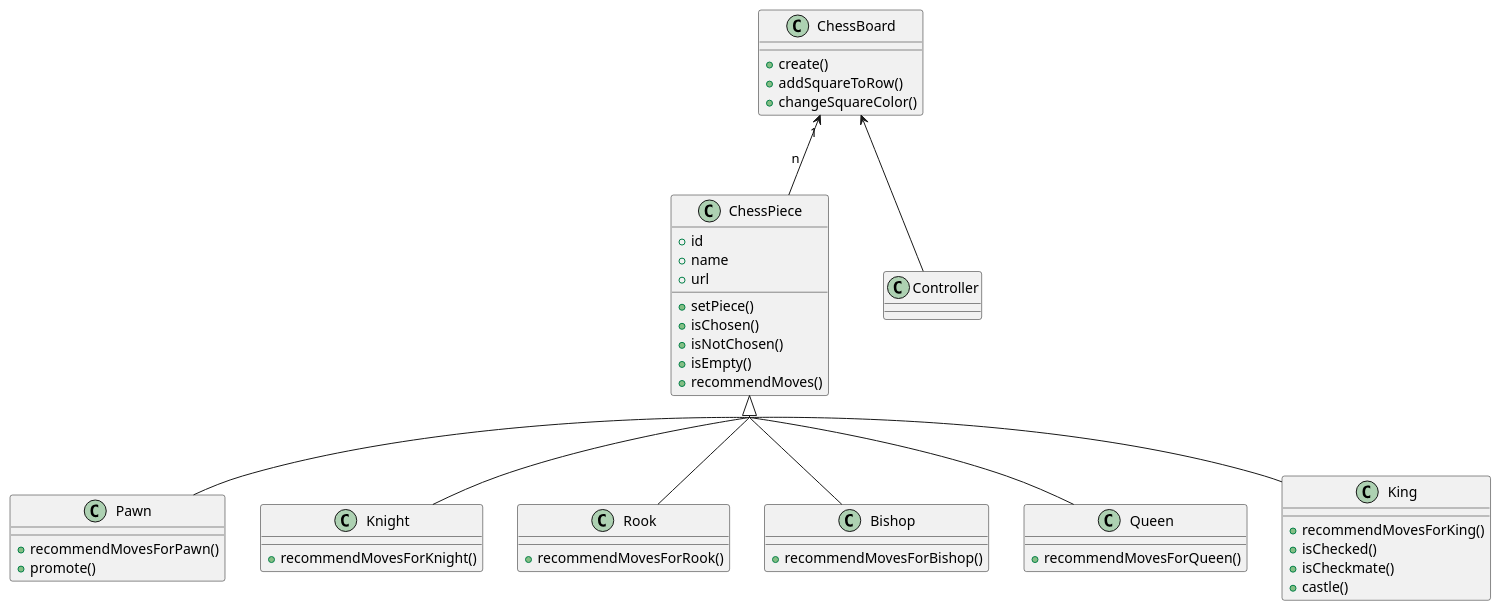
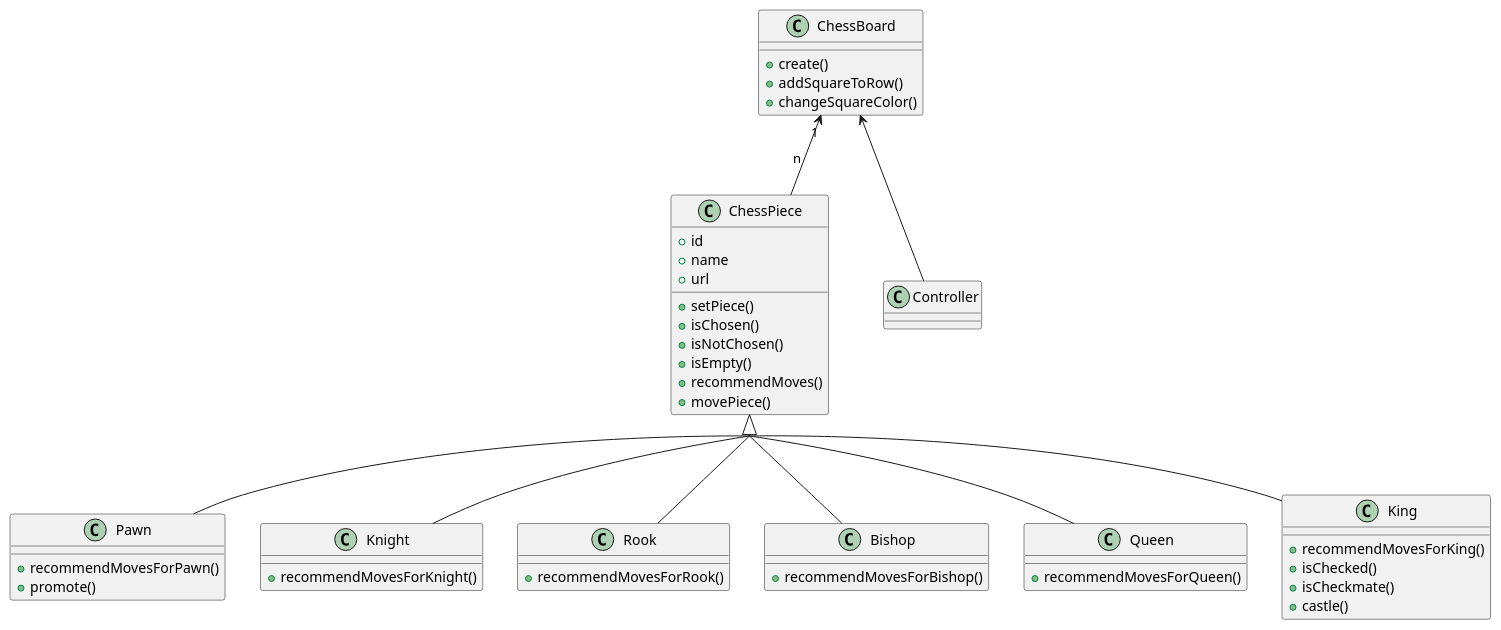
The diagram in UML/ClassDiagram.plantuml (BachDi/chess_game), drawn with PlantUML before and after one commit.

Commit message:
quên cái move piece

```diff
--- a/UML/ClassDiagram.plantuml
+++ b/UML/ClassDiagram.plantuml
@@ -1,49 +1,50 @@
 @startuml ChessBoard
 skinparam groupInheritance 2
 class ChessBoard {
     + create()
     + addSquareToRow()
     + changeSquareColor()
 }
 class ChessPiece {
     + id
     + name 
     + url 
     + setPiece() 
     + isChosen() 
     + isNotChosen()
     + isEmpty()
     + recommendMoves() 
+    + movePiece()
 }
 class Pawn {
     + recommendMovesForPawn()
     + promote()
 }
 class Knight {
     + recommendMovesForKnight()
 }
 class Rook {
     + recommendMovesForRook()
 }
 class Bishop {
     + recommendMovesForBishop()
 }
 class Queen {
     + recommendMovesForQueen()
 }
 class King {
     + recommendMovesForKing()
     + isChecked()
     + isCheckmate()
     + castle()
 }
 
 ChessBoard "1" <-- "n" ChessPiece
 ChessBoard <-- Controller
 ChessPiece <|-- Pawn 
 ChessPiece <|-- Rook 
 ChessPiece <|-- Knight 
 ChessPiece <|-- Bishop 
 ChessPiece <|-- Queen  
 ChessPiece <|-- King 
 @enduml
```
